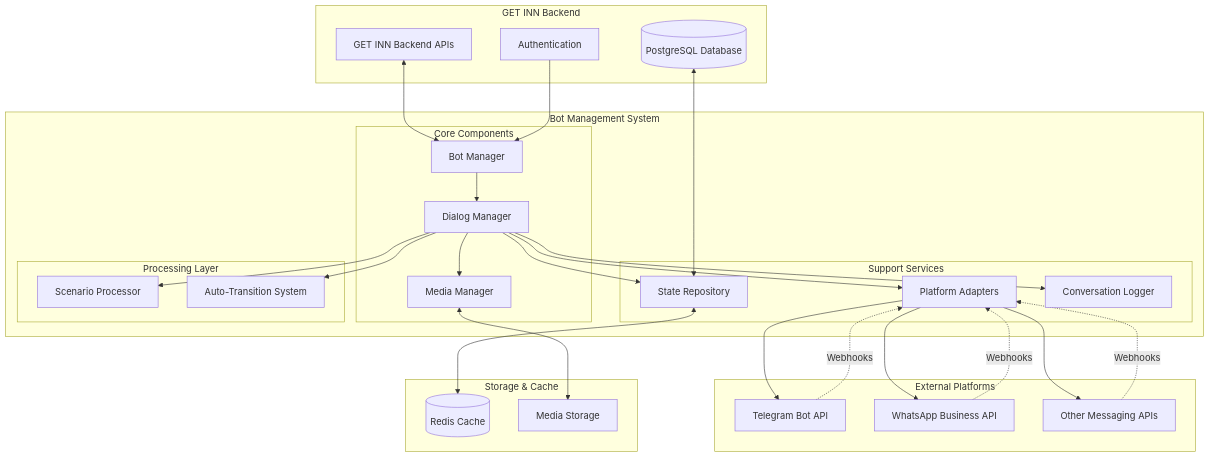
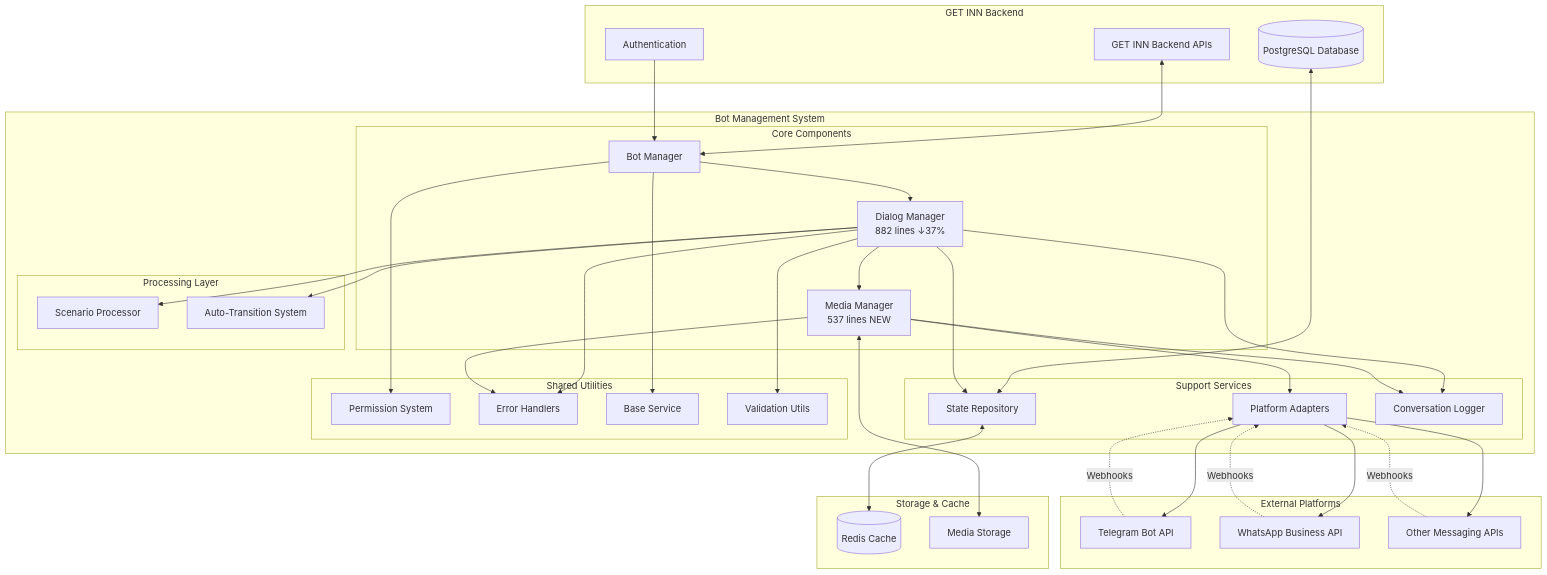
One commit to get-inn/ai-restaurant-platform changed the first of 2 diagrams in backend/docs/modules/bot-management/overview.md. Above: the diagram before and after it, drawn with Mermaid. The commit also changed other lines of this file and 21 other files, not shown here.

```diff
--- a/backend/docs/modules/bot-management/overview.md
+++ b/backend/docs/modules/bot-management/overview.md
@@ -42,8 +42,8 @@
     subgraph "Bot Management System"
         subgraph "Core Components"
             BOT_MGR[Bot Manager]
-            DIALOG_MGR[Dialog Manager]
-            MEDIA_MGR[Media Manager]
+            DIALOG_MGR[Dialog Manager<br/>882 lines ↓37%]
+            MEDIA_MGR[Media Manager<br/>537 lines NEW]
         end
         
         subgraph "Support Services"
@@ -55,6 +55,13 @@
         subgraph "Processing Layer"
             SCENARIO_PROC[Scenario Processor]
             AUTO_TRANS[Auto-Transition System]
+        end
+        
+        subgraph "Shared Utilities"
+            PERMISSIONS[Permission System]
+            ERROR_HANDLERS[Error Handlers]
+            BASE_SERVICE[Base Service]
+            VALIDATION[Validation Utils]
         end
     end
     
@@ -82,11 +89,21 @@
     DIALOG_MGR --> STATE_REPO
     DIALOG_MGR --> CONV_LOG
     
+    %% MediaManager relationships
+    MEDIA_MGR --> PLATFORM_ADAPT
+    MEDIA_MGR --> CONV_LOG
+    
+    %% Shared utilities connections
+    BOT_MGR --> PERMISSIONS
+    DIALOG_MGR --> ERROR_HANDLERS
+    MEDIA_MGR --> ERROR_HANDLERS
+    BOT_MGR --> BASE_SERVICE
+    DIALOG_MGR --> VALIDATION
+    
     %% Platform connections
     PLATFORM_ADAPT --> TELEGRAM
     PLATFORM_ADAPT --> WHATSAPP
     PLATFORM_ADAPT --> OTHER
-    DIALOG_MGR --> PLATFORM_ADAPT
     
     %% Storage connections
     STATE_REPO <--> REDIS
```
